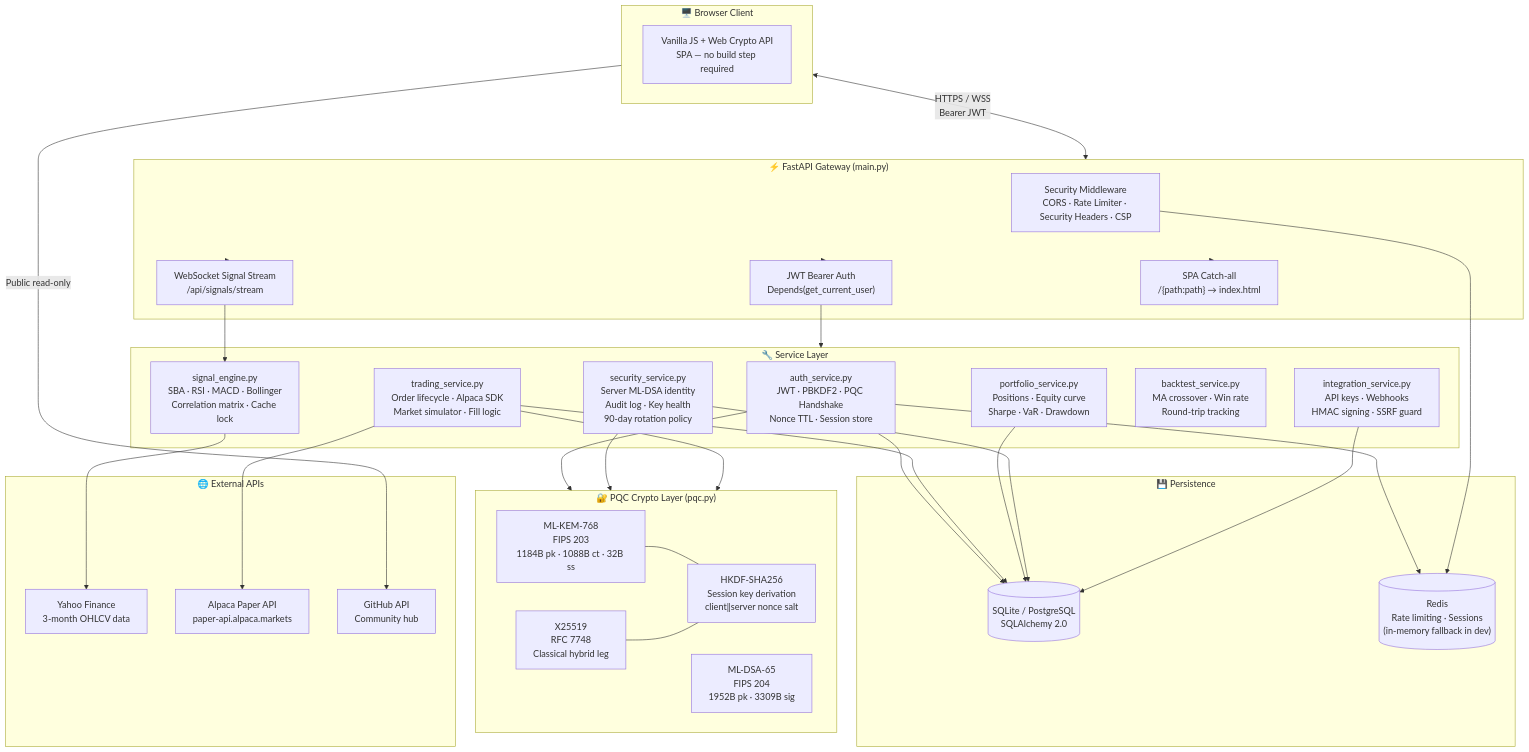
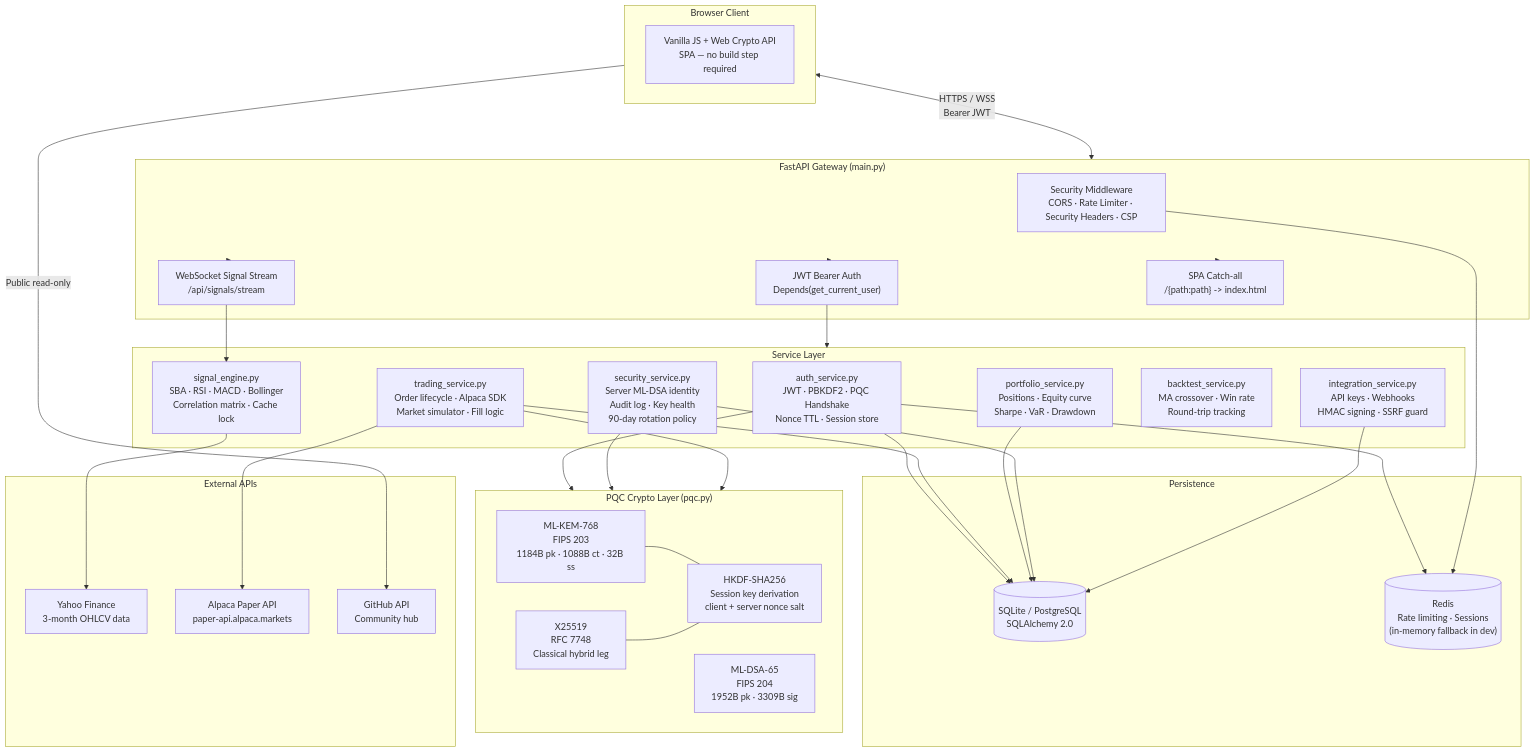
The first of 6 diagrams in README.md (BugHunterX2101/quantumsentinel-web), drawn with Mermaid before and after one commit. The commit also changed other lines of this file, not shown here.

Commit message:
docs: remove all emojis from README

````diff
--- a/README.md
+++ b/README.md
@@ -63,66 +63,66 @@
 ```mermaid
 flowchart TB
-    subgraph Client["🖥️ Browser Client"]
+    subgraph Client["Browser Client"]
         FE["Vanilla JS + Web Crypto API<br/>SPA — no build step required"]
     end
 
-    subgraph Gateway["⚡ FastAPI Gateway (main.py)"]
+    subgraph Gateway["FastAPI Gateway (main.py)"]
         MW["Security Middleware<br/>CORS · Rate Limiter · Security Headers · CSP"]
         AUTH_MW["JWT Bearer Auth<br/>Depends(get_current_user)"]
         WS["WebSocket Signal Stream<br/>/api/signals/stream"]
-        SPA["SPA Catch-all<br/>/{path:path} → index.html"]
+        SPA["SPA Catch-all<br/>/{path:path} -> index.html"]
     end
 
-    subgraph Services["🔧 Service Layer"]
+    subgraph Services["Service Layer"]
         AUTH["auth_service.py<br/>JWT · PBKDF2 · PQC Handshake<br/>Nonce TTL · Session store"]
         SIG["signal_engine.py<br/>SBA · RSI · MACD · Bollinger<br/>Correlation matrix · Cache lock"]
         TRADE["trading_service.py<br/>Order lifecycle · Alpaca SDK<br/>Market simulator · Fill logic"]
         PORT["portfolio_service.py<br/>Positions · Equity curve<br/>Sharpe · VaR · Drawdown"]
         SEC["security_service.py<br/>Server ML-DSA identity<br/>Audit log · Key health<br/>90-day rotation policy"]
         BACK["backtest_service.py<br/>MA crossover · Win rate<br/>Round-trip tracking"]
         INTG["integration_service.py<br/>API keys · Webhooks<br/>HMAC signing · SSRF guard"]
     end
 
-    subgraph Crypto["🔐 PQC Crypto Layer (pqc.py)"]
+    subgraph Crypto["PQC Crypto Layer (pqc.py)"]
         KEM["ML-KEM-768<br/>FIPS 203<br/>1184B pk · 1088B ct · 32B ss"]
         DSA["ML-DSA-65<br/>FIPS 204<br/>1952B pk · 3309B sig"]
         X25519["X25519<br/>RFC 7748<br/>Classical hybrid leg"]
-        HKDF["HKDF-SHA256<br/>Session key derivation<br/>client‖server nonce salt"]
+        HKDF["HKDF-SHA256<br/>Session key derivation<br/>client + server nonce salt"]
     end
 
-    subgraph Persistence["💾 Persistence"]
+    subgraph Persistence["Persistence"]
         DB[("SQLite / PostgreSQL<br/>SQLAlchemy 2.0")]
         REDIS[("Redis<br/>Rate limiting · Sessions<br/>(in-memory fallback in dev)")]
     end
 
-    subgraph External["🌐 External APIs"]
+    subgraph External["External APIs"]
         YF["Yahoo Finance<br/>3-month OHLCV data"]
         ALPACA["Alpaca Paper API<br/>paper-api.alpaca.markets"]
         GH["GitHub API<br/>Community hub"]
     end
 
     Client <-->|"HTTPS / WSS<br/>Bearer JWT"| Gateway
     Gateway --> AUTH_MW --> Services
     Gateway --> WS --> SIG
     Gateway --> SPA
 
     AUTH --> Crypto
     SEC --> Crypto
     TRADE --> Crypto
 
     AUTH --> DB
     TRADE --> DB
     PORT --> DB
     SEC --> DB
     INTG --> DB
 
     AUTH --> REDIS
     MW --> REDIS
 
     SIG --> YF
     TRADE --> ALPACA
     Client -->|"Public read-only"| GH
 
     KEM --- HKDF
     X25519 --- HKDF
 ```
````
